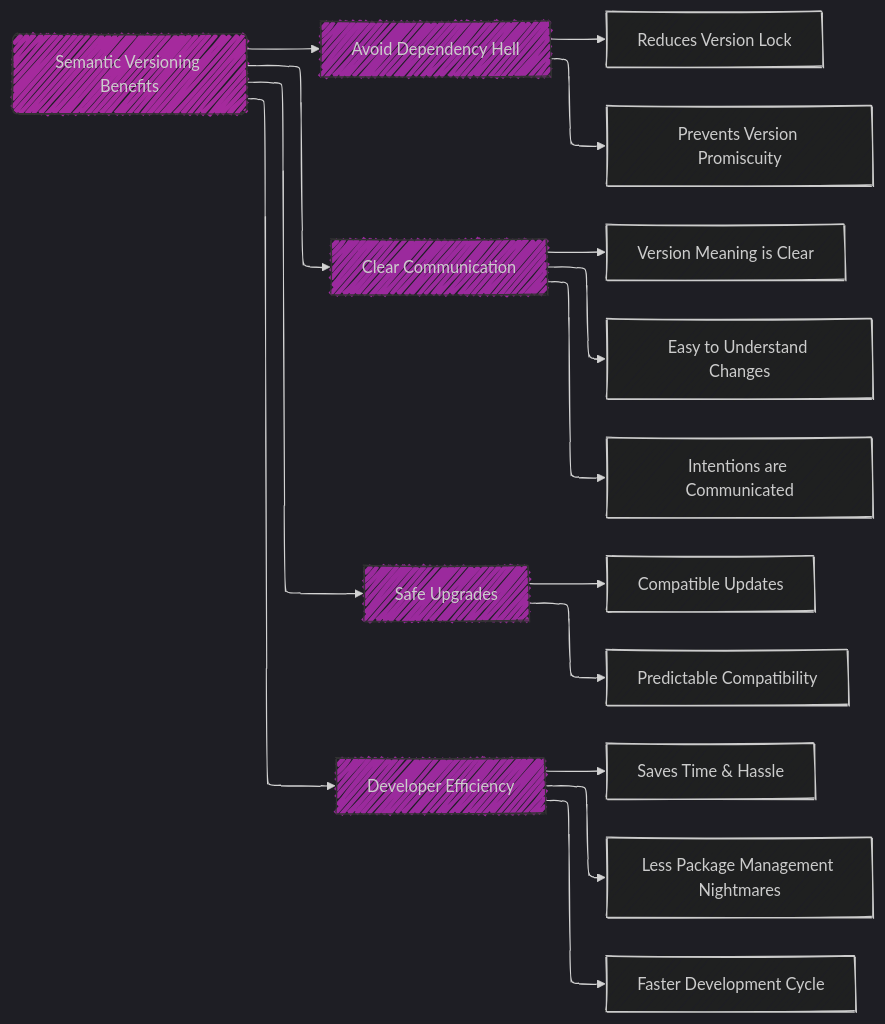
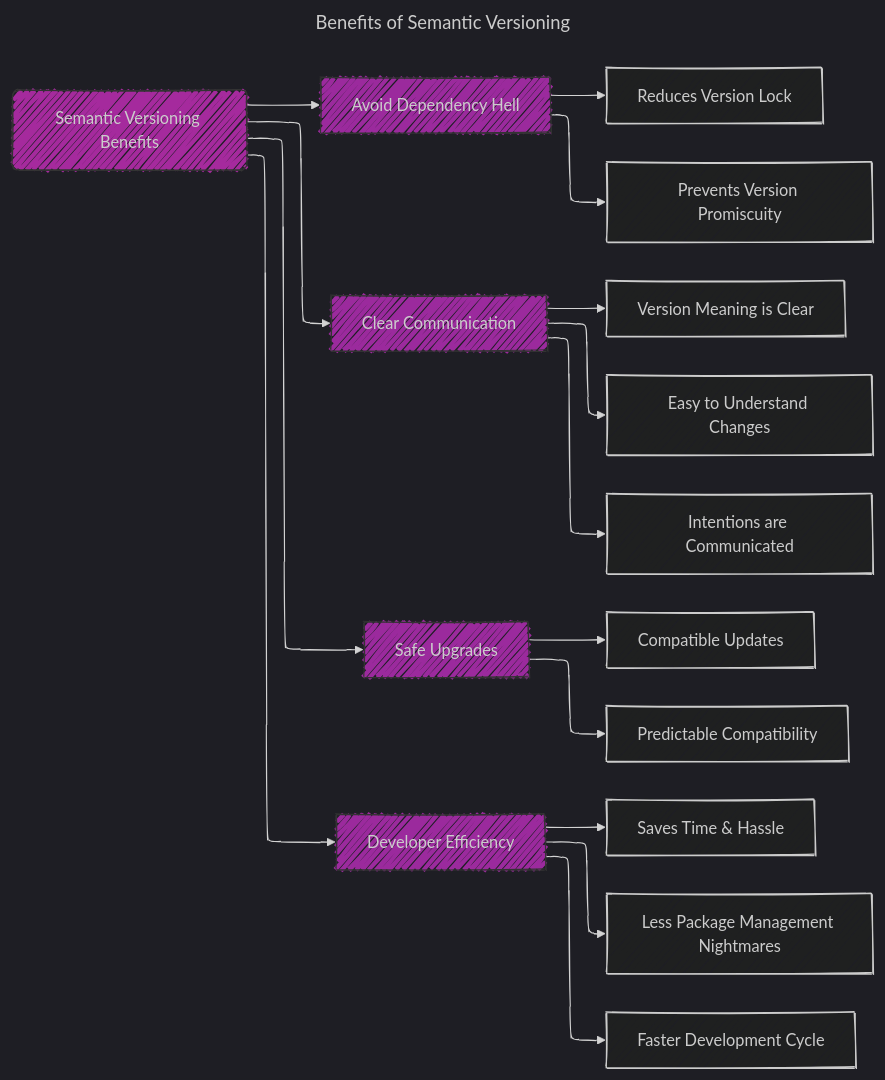
The fourth of 4 diagrams in Semantic_Versioning/Semantic_Versioning_2_in_Mermaid_V1.md (CongLeSolutionX/iOS-development-vault), drawn with Mermaid before and after one commit. The commit also changed other lines of this file and 6 other files, not shown here.

````diff
--- a/Semantic_Versioning/Semantic_Versioning_2_in_Mermaid_V1.md
+++ b/Semantic_Versioning/Semantic_Versioning_2_in_Mermaid_V1.md
@@ -264,35 +266,36 @@
 ```mermaid
 ---
+title: Benefits of Semantic Versioning
 config:
   layout: elk
   look: handDrawn
   theme: dark
 ---
 graph LR
     root(Semantic Versioning Benefits)
     root --> A[Avoid Dependency Hell]
     root --> B[Clear Communication]
     root --> C[Safe Upgrades]
     root --> D[Developer Efficiency]
 
     A --> A1[Reduces Version Lock]
     A --> A2[Prevents Version Promiscuity]
 
     B --> B1[Version Meaning is Clear]
     B --> B2[Easy to Understand Changes]
     B --> B3[Intentions are Communicated]
 
     C --> C1[Compatible Updates]
     C --> C2[Predictable Compatibility]
 
     D --> D1[Saves Time & Hassle]
     D --> D2[Less Package Management Nightmares]
     D --> D3[Faster Development Cycle]
     
     style root fill:#f3e9,stroke:#333,stroke-width:1px
     style A fill:#e3e9,stroke:#333,stroke-width:1px
     style B fill:#e3e9,stroke:#333,stroke-width:1px
     style C fill:#e3e9,stroke:#333,stroke-width:1px
     style D fill:#e3e9,stroke:#333,stroke-width:1px
 
 ```
````
